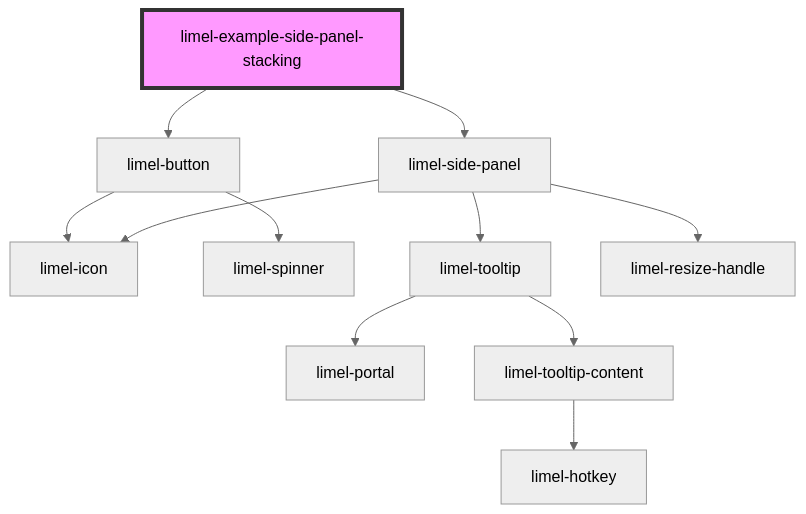
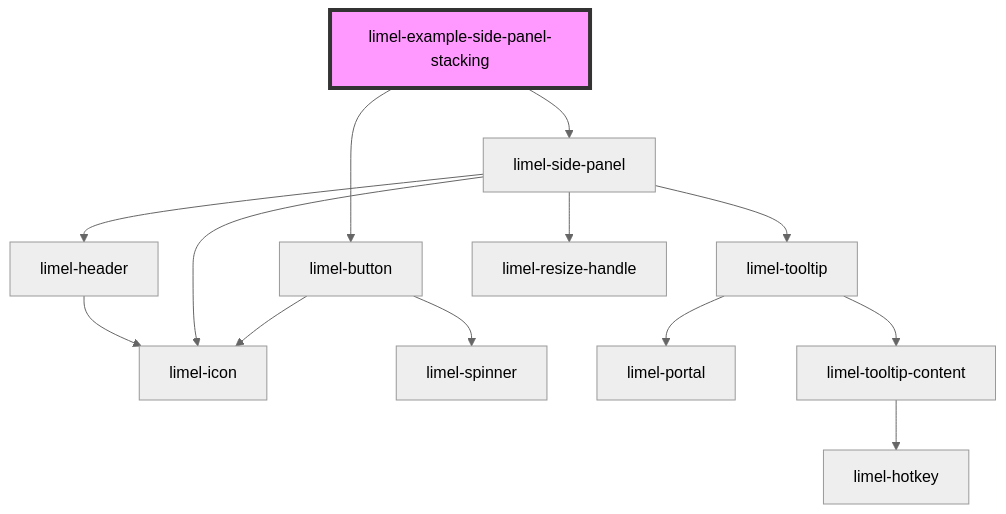
One commit to Lundalogik/lime-elements changed the diagram in versions/PR-4372/markdown-docs/components/side-panel/examples/readme.md. Above: the diagram before and after it, drawn with Mermaid (neutral theme). The commit also changed 607 other files, not shown here.

````diff
--- a/versions/PR-4372/markdown-docs/components/side-panel/examples/readme.md
+++ b/versions/PR-4372/markdown-docs/components/side-panel/examples/readme.md
@@ -27,14 +27,16 @@
 ```mermaid
 graph TD;
   limel-example-side-panel-stacking --> limel-button
   limel-example-side-panel-stacking --> limel-side-panel
   limel-button --> limel-icon
   limel-button --> limel-spinner
   limel-side-panel --> limel-icon
   limel-side-panel --> limel-tooltip
+  limel-side-panel --> limel-header
   limel-side-panel --> limel-resize-handle
   limel-tooltip --> limel-portal
   limel-tooltip --> limel-tooltip-content
   limel-tooltip-content --> limel-hotkey
+  limel-header --> limel-icon
   style limel-example-side-panel-stacking fill:#f9f,stroke:#333,stroke-width:4px
 ```
````
